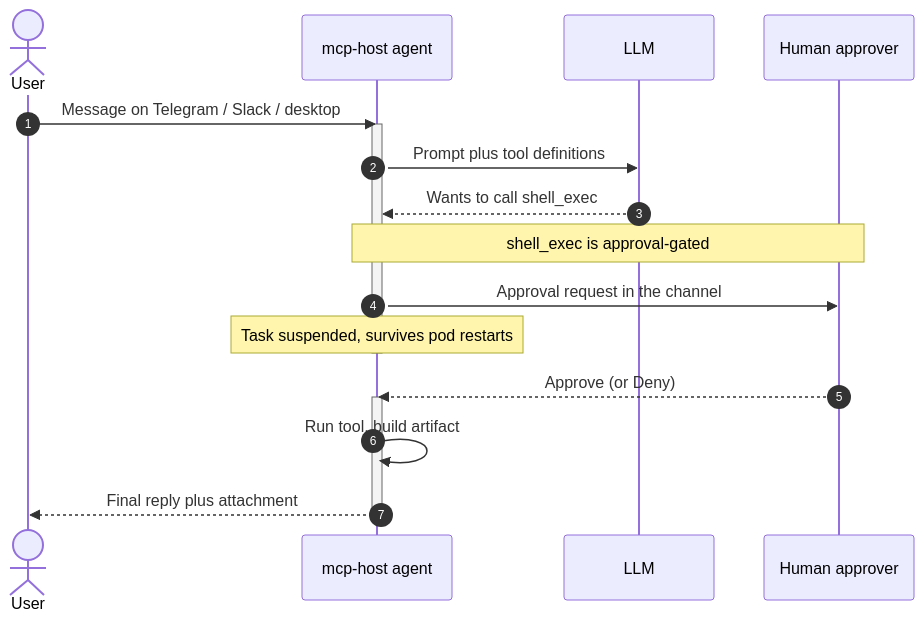
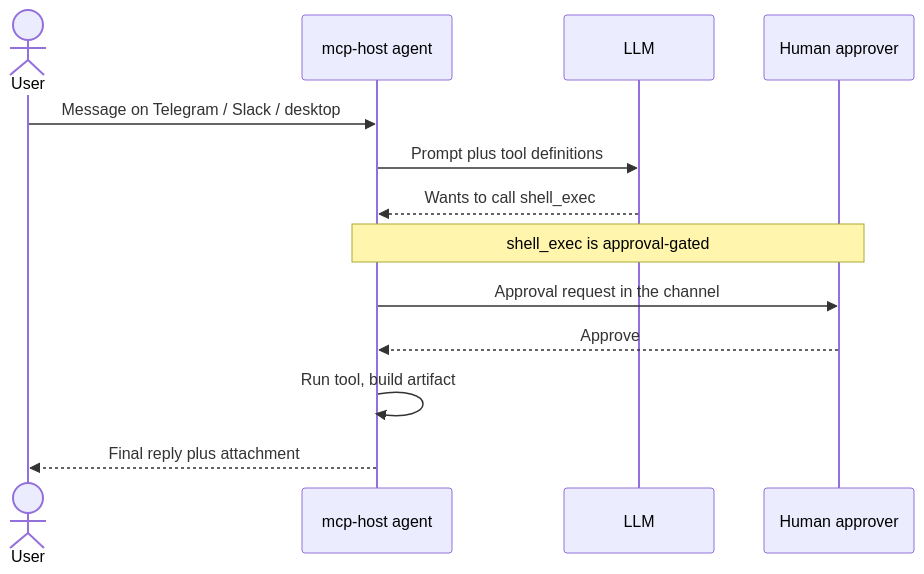
One commit to evenfire-ai/evenfire changed the first of 2 diagrams in README.md. Above: the diagram before and after it, drawn with Mermaid. The commit also changed other lines of this file, not shown here.

Commit message:
docs(readme): reorder Why/See-it-work, move naming note, split license bullets
Small readability fixes on the landing README:

- Promote "Why evenfire" above "See it work" so the positioning lands
  before the sequence diagram; nav line reordered to match.
- Move the clerum/evenfire naming callout out of the intro and down into
  "Get started", right after the test@clerum.io login step where a reader
  first types a clerum name.
- Give CODE_OF_CONDUCT.md its own bullet instead of sharing one with
  GOVERNANCE.md, which rendered as a run-on line.

````diff
--- a/README.md
+++ b/README.md
@@ -103,21 +112,15 @@
 ```mermaid
 sequenceDiagram
-    autonumber
     actor U as User
     participant H as mcp-host agent
     participant L as LLM
     participant A as Human approver
     U->>H: Message on Telegram / Slack / desktop
-    activate H
     H->>L: Prompt plus tool definitions
     L-->>H: Wants to call shell_exec
     Note over H,A: shell_exec is approval-gated
     H->>A: Approval request in the channel
-    Note over H: Task suspended, survives pod restarts
-    deactivate H
-    A-->>H: Approve (or Deny)
-    activate H
+    A-->>H: Approve
     H->>H: Run tool, build artifact
     H-->>U: Final reply plus attachment
-    deactivate H
 ```
````
